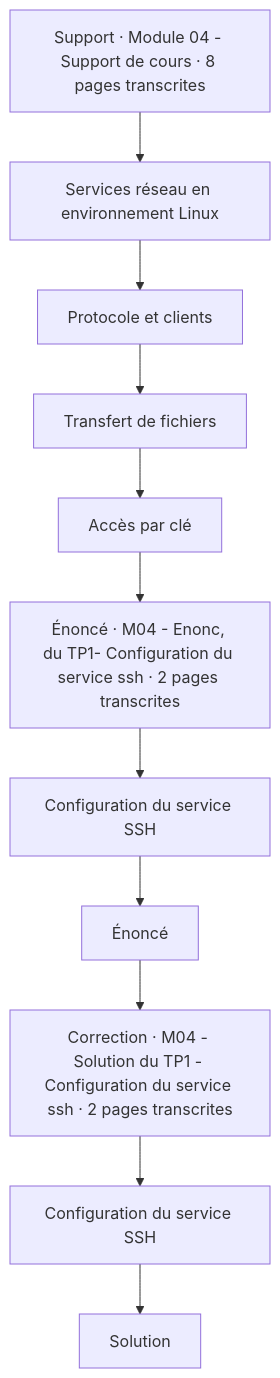
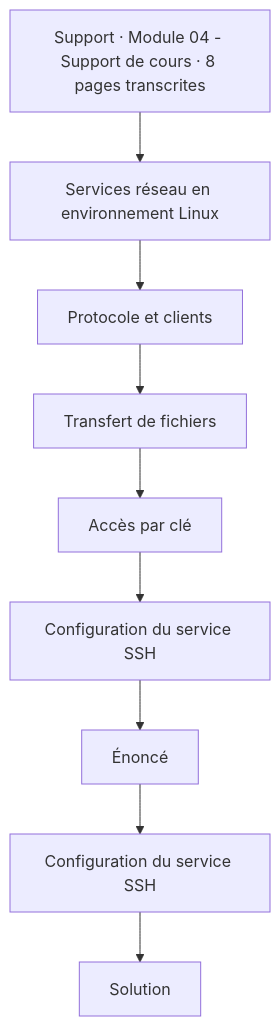
The first of 5 diagrams in docs/modules/15-services-reseau-en-environnement-linux/module-04-administration-a-distance.md (sk34pk25/tssr-cours), drawn with Mermaid before and after one commit. The commit also changed other lines of this file and 108 other files, not shown here.

````diff
--- a/docs/modules/15-services-reseau-en-environnement-linux/module-04-administration-a-distance.md
+++ b/docs/modules/15-services-reseau-en-environnement-linux/module-04-administration-a-distance.md
@@ -21,24 +21,20 @@
 ```mermaid
 flowchart TD
     N1["Support · Module 04 - Support de cours · 8 pages transcrites"]
     N2["Services réseau en environnement Linux"]
     N3["Protocole et clients"]
     N4["Transfert de fichiers"]
     N5["Accès par clé"]
-    N6["Énoncé · M04 - Enonc‚ du TP1- Configuration du service ssh · 2 pages transcrites"]
     N7["Configuration du service SSH"]
     N8["Énoncé"]
-    N9["Correction · M04 - Solution du TP1 - Configuration du service ssh · 2 pages transcrites"]
     N10["Configuration du service SSH"]
     N11["Solution"]
     N1 --> N2
     N2 --> N3
     N3 --> N4
     N4 --> N5
-    N5 --> N6
-    N6 --> N7
+    N5 --> N7
     N7 --> N8
-    N8 --> N9
-    N9 --> N10
+    N8 --> N10
     N10 --> N11
 ```
````
